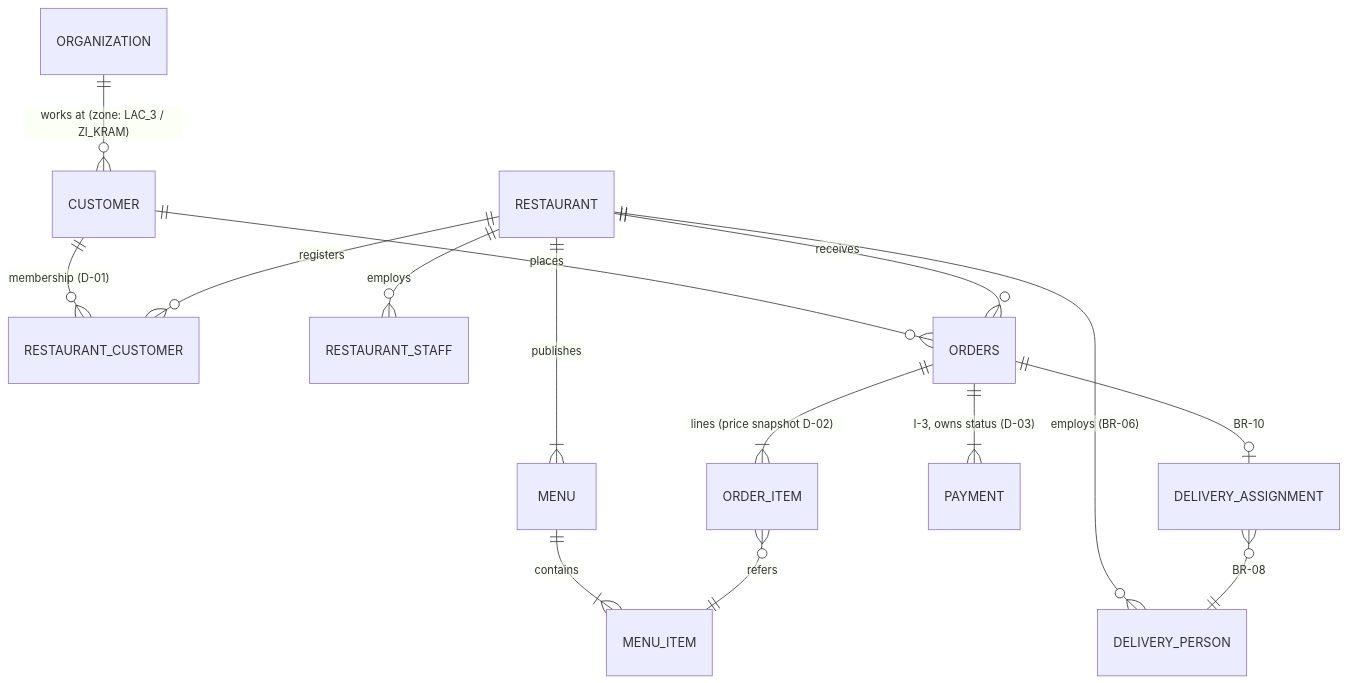
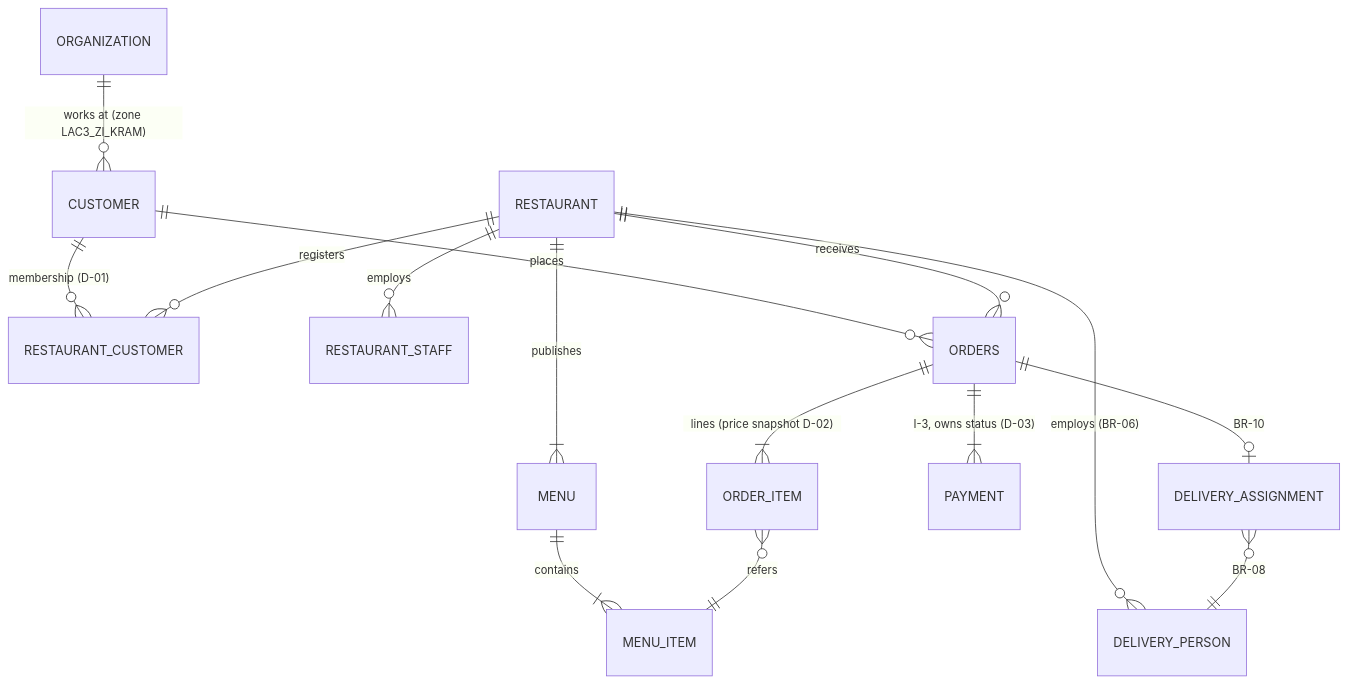
The second of 2 diagrams in docs/architecture.md (HamzaBL04/FoodGO), drawn with Mermaid before and after one commit. The commit also changed other lines of this file and 32 other files, not shown here.

First line of the commit message:
fix: Lac 3 and Zone Industrielle Le Kram are one zone, not two

````diff
--- a/docs/architecture.md
+++ b/docs/architecture.md
@@ -69,17 +69,17 @@
 ```mermaid
 erDiagram
-  ORGANIZATION ||--o{ CUSTOMER : "works at (zone: LAC_3 / ZI_KRAM)"
+  ORGANIZATION ||--o{ CUSTOMER : "works at (zone LAC3_ZI_KRAM)"
   CUSTOMER ||--o{ RESTAURANT_CUSTOMER : "membership (D-01)"
   RESTAURANT ||--o{ RESTAURANT_CUSTOMER : registers
   RESTAURANT ||--o{ RESTAURANT_STAFF : employs
   RESTAURANT ||--o{ DELIVERY_PERSON : "employs (BR-06)"
   RESTAURANT ||--|{ MENU : publishes
   MENU ||--|{ MENU_ITEM : contains
   CUSTOMER ||--o{ ORDERS : places
   RESTAURANT ||--o{ ORDERS : receives
   ORDERS ||--|{ ORDER_ITEM : "lines (price snapshot D-02)"
   ORDER_ITEM }o--|| MENU_ITEM : refers
   ORDERS ||--|{ PAYMENT : "I-3, owns status (D-03)"
   ORDERS ||--o| DELIVERY_ASSIGNMENT : "BR-10"
   DELIVERY_ASSIGNMENT }o--|| DELIVERY_PERSON : "BR-08"
 ```
````
